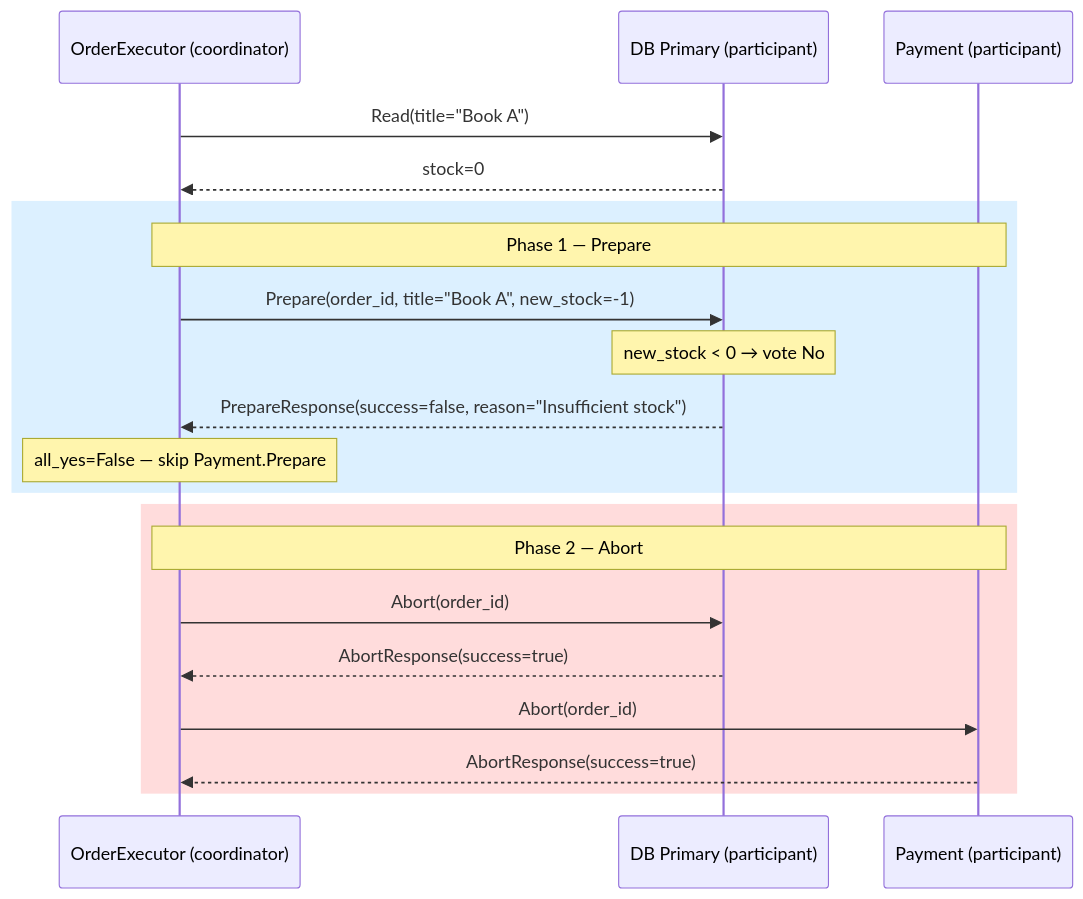
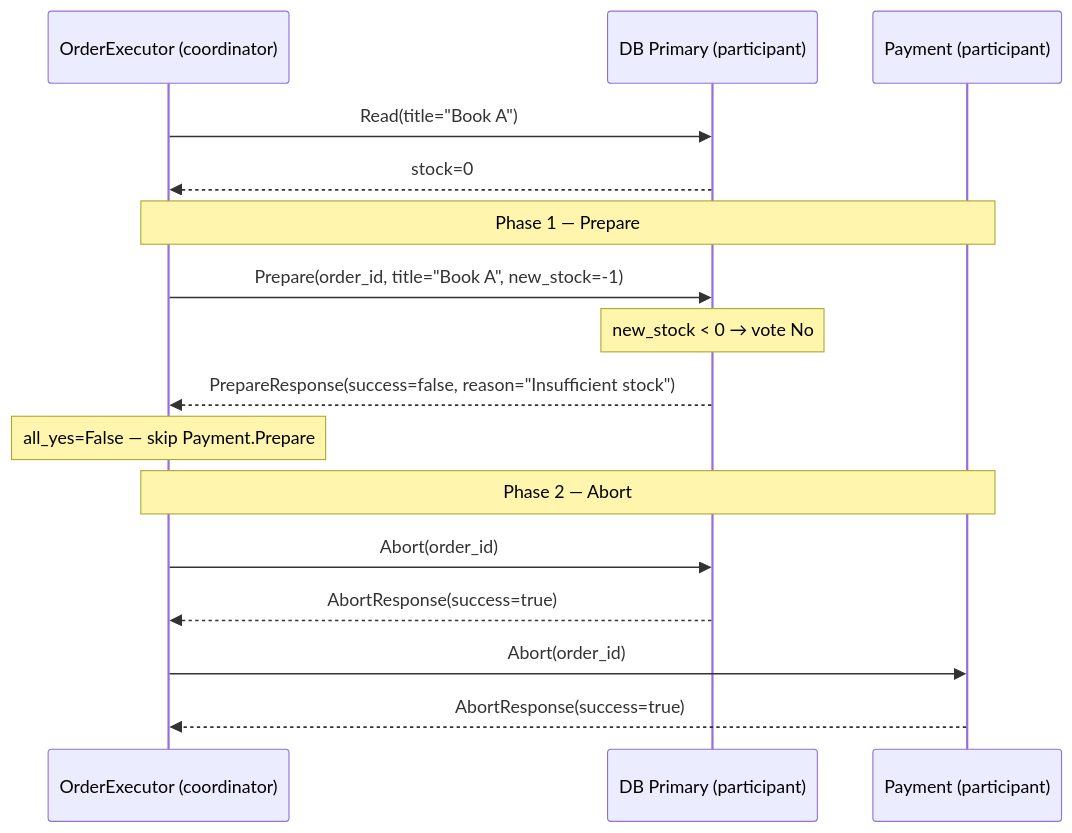
Before and after one commit to M1ngiii/ds-practice-2025: the third of 3 diagrams in docs/CHECKPOINT_3.md, drawn with Mermaid. The commit also changed other lines of this file, not shown here.

Commit message:
Updated diagrams in checkpoint 3 README

````diff
--- a/docs/CHECKPOINT_3.md
+++ b/docs/CHECKPOINT_3.md
@@ -114,25 +110,21 @@
 ```mermaid
 sequenceDiagram
     participant Exec as OrderExecutor (coordinator)
     participant DB as DB Primary (participant)
     participant Pay as Payment (participant)
 
     Exec->>DB: Read(title="Book A")
     DB-->>Exec: stock=0
 
-    rect rgb(220,240,255)
-        Note over Exec,Pay: Phase 1 — Prepare
-        Exec->>DB: Prepare(order_id, title="Book A", new_stock=-1)
-        Note over DB: new_stock < 0 → vote No
-        DB-->>Exec: PrepareResponse(success=false, reason="Insufficient stock")
-        Note over Exec: all_yes=False — skip Payment.Prepare
-    end
+    Note over Exec,Pay: Phase 1 — Prepare
+    Exec->>DB: Prepare(order_id, title="Book A", new_stock=-1)
+    Note over DB: new_stock < 0 → vote No
+    DB-->>Exec: PrepareResponse(success=false, reason="Insufficient stock")
+    Note over Exec: all_yes=False — skip Payment.Prepare
 
-    rect rgb(255,220,220)
-        Note over Exec,Pay: Phase 2 — Abort
-        Exec->>DB: Abort(order_id)
-        DB-->>Exec: AbortResponse(success=true)
-        Exec->>Pay: Abort(order_id)
-        Pay-->>Exec: AbortResponse(success=true)
-    end
+    Note over Exec,Pay: Phase 2 — Abort
+    Exec->>DB: Abort(order_id)
+    DB-->>Exec: AbortResponse(success=true)
+    Exec->>Pay: Abort(order_id)
+    Pay-->>Exec: AbortResponse(success=true)
 ```
````
